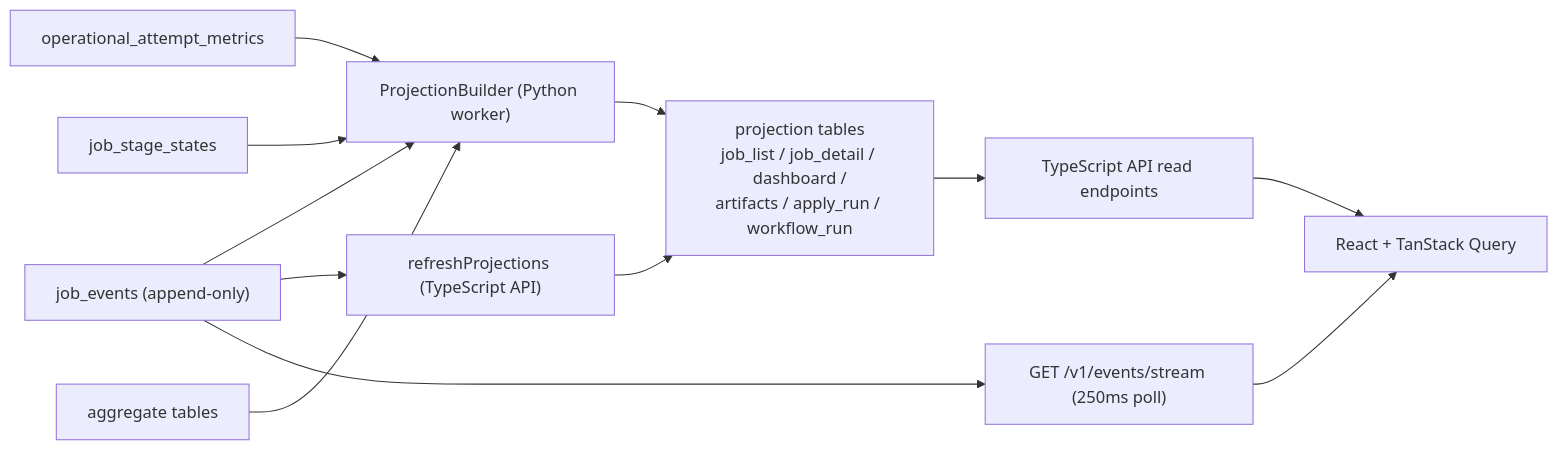
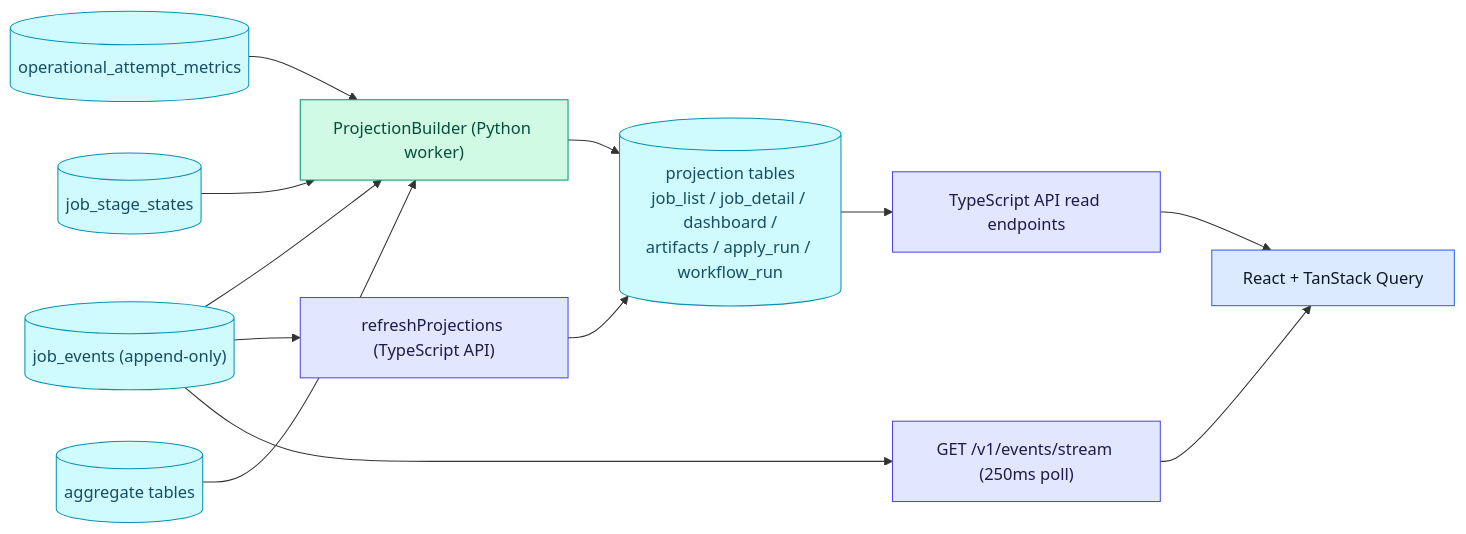
One commit to ebarti/JobCtrl changed the diagram in docs/architecture/pipeline/operations.md. Above: the diagram before and after it, drawn with Mermaid. The commit also changed 19 other files, not shown here.

````diff
--- a/docs/architecture/pipeline/operations.md
+++ b/docs/architecture/pipeline/operations.md
@@ -104,25 +104,34 @@
 ```mermaid
 flowchart LR
-    Events["job_events (append-only)"]
-    Metrics["operational_attempt_metrics"]
-    Stages["job_stage_states"]
-    Agg["aggregate tables"]
+    Events[("job_events (append-only)")]
+    Metrics[("operational_attempt_metrics")]
+    Stages[("job_stage_states")]
+    Agg[("aggregate tables")]
     PB["ProjectionBuilder (Python worker)"]
     RP["refreshProjections (TypeScript API)"]
-    Proj["projection tables<br/>job_list / job_detail / dashboard /<br/>artifacts / apply_run / workflow_run"]
+    Proj[("projection tables<br/>job_list / job_detail / dashboard /<br/>artifacts / apply_run / workflow_run")]
     Api["TypeScript API read endpoints"]
     SSE["GET /v1/events/stream (250ms poll)"]
     UI["React + TanStack Query"]
 
     Events --> PB
     Events --> RP
     Metrics --> PB
     Stages --> PB
     Agg --> PB
     PB --> Proj
     RP --> Proj
     Proj --> Api
     Events --> SSE
     Api --> UI
     SSE --> UI
+
+    classDef ui fill:#dbeafe,stroke:#2563eb,color:#0f172a
+    classDef ts fill:#e0e7ff,stroke:#4f46e5,color:#1e1b4b
+    classDef py fill:#d1fae5,stroke:#059669,color:#064e3b
+    classDef store fill:#cffafe,stroke:#0891b2,color:#164e63
+    class PB py
+    class RP,Api,SSE ts
+    class UI ui
+    class Events,Metrics,Stages,Agg,Proj store
 ```
````
